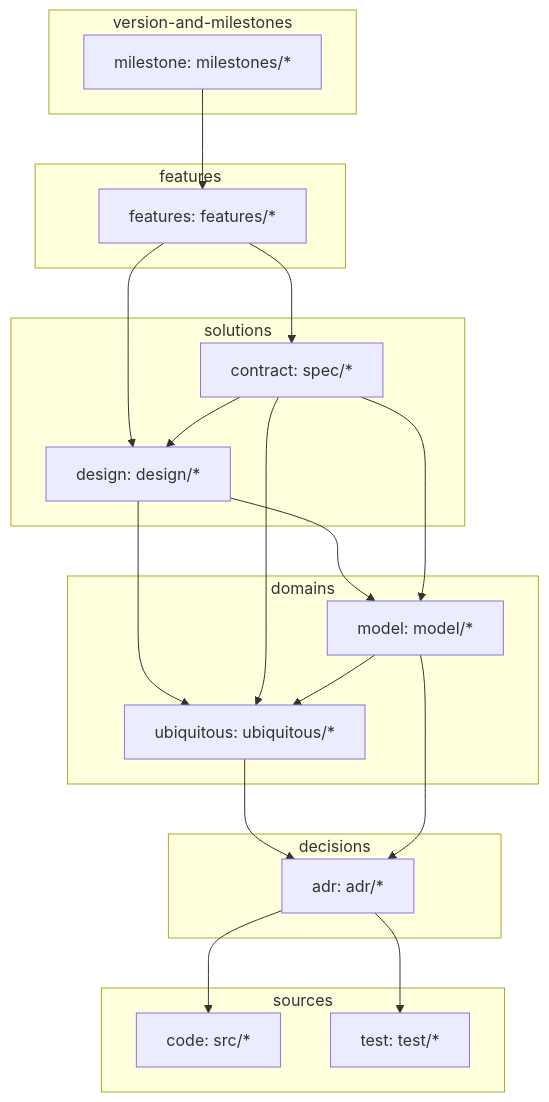
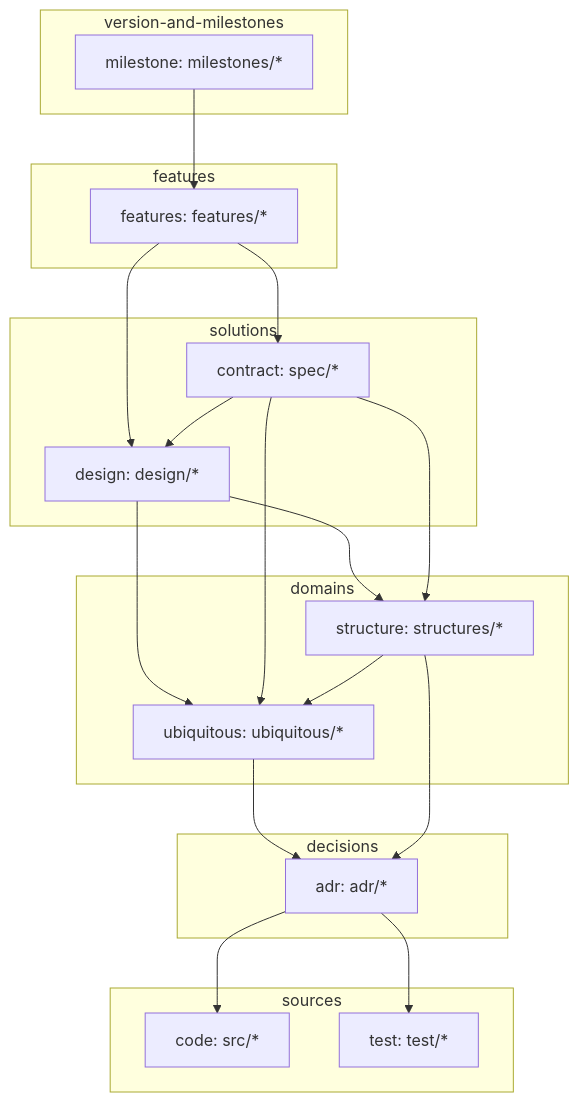
One commit to gameundwatch/periplus changed the diagram in docs/overview.md. Above: the diagram before and after it, drawn with Mermaid. The commit also changed other lines of this file, not shown here.

Commit message:
update docs overview

````diff
--- a/docs/overview.md
+++ b/docs/overview.md
@@ -6,45 +9,45 @@
 ```mermaid
 flowchart TD
 
     subgraph L1[version-and-milestones]
         milestone[milestone: milestones/*]
     end
 
     subgraph L2[features]
         feature[features: features/*]
     end
 
     subgraph L3[solutions]
         design[design: design/*]
         contract[contract: spec/*]
     end
 
     subgraph L4[domains]
         ubiquitous[ubiquitous: ubiquitous/*]
-        model[model: model/*]
+        structure[structure: structures/*]
     end
 
     subgraph L5[decisions]
         adr[adr: adr/*]
     end
 
     subgraph L6[sources]
         code[code: src/*]
         test[test: test/*]
     end
 
     milestone --> feature
     feature --> design
     feature --> contract
     contract --> design
     design --> ubiquitous
-    design --> model
+    design --> structure
     contract --> ubiquitous
-    contract --> model
-    model --> ubiquitous
+    contract --> structure
+    structure --> ubiquitous
     ubiquitous --> adr
-    model --> adr
+    structure --> adr
     adr --> code
     adr --> test
 
 ```
````
